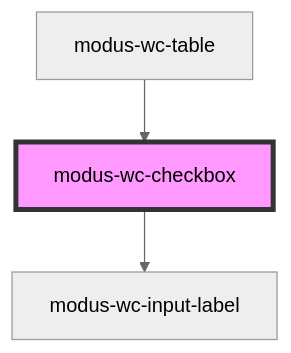
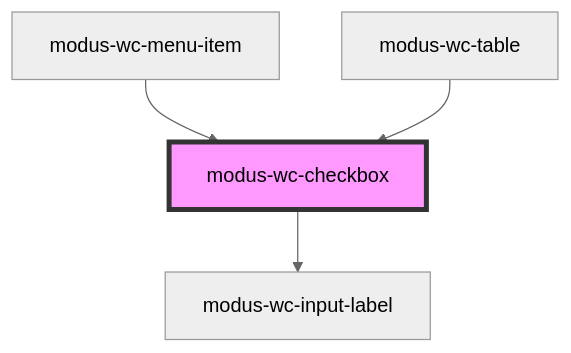
Before and after one commit to trimble-oss/modus-wc-2.0: the diagram in src/components/modus-wc-checkbox/readme.md, drawn with Mermaid (neutral theme). The commit also changed other lines of this file and 13 other files, not shown here.

````diff
--- a/src/components/modus-wc-checkbox/readme.md
+++ b/src/components/modus-wc-checkbox/readme.md
@@ -48,6 +49,7 @@
 ```mermaid
 graph TD;
   modus-wc-checkbox --> modus-wc-input-label
+  modus-wc-menu-item --> modus-wc-checkbox
   modus-wc-table --> modus-wc-checkbox
   style modus-wc-checkbox fill:#f9f,stroke:#333,stroke-width:4px
 ```
````
